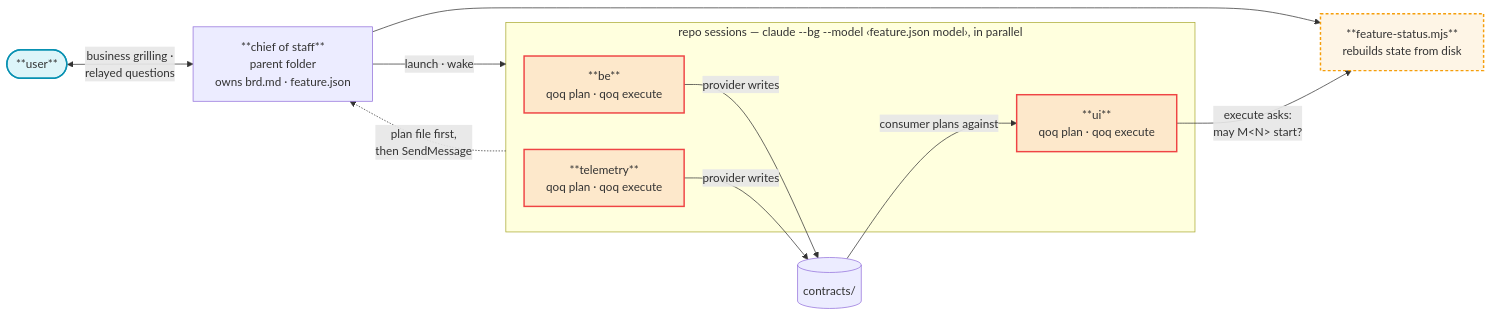
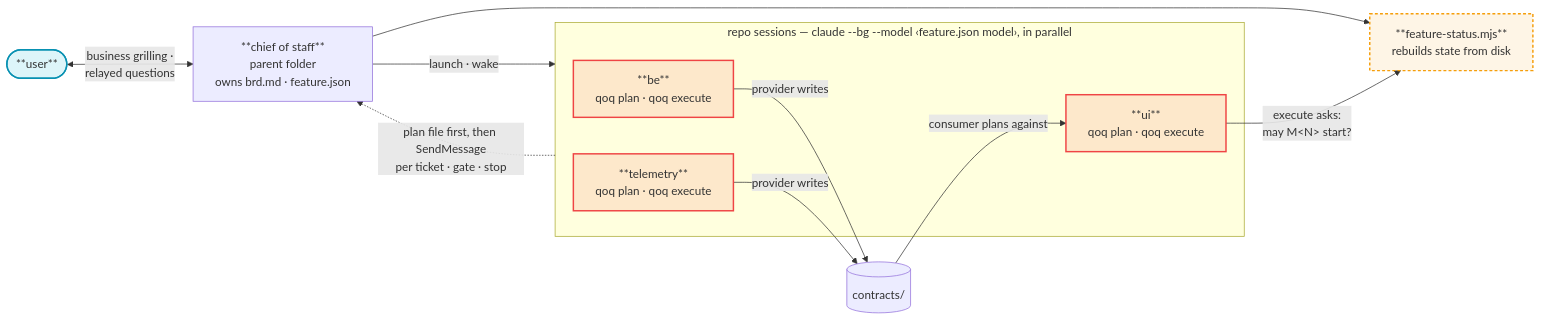
The first of 4 diagrams in docs/qoq-fullstack-workflows.md (ladamczyk-it/qoq), drawn with Mermaid before and after one commit. The commit also changed other lines of this file and 8 other files, not shown here.

First line of the commit message:
fix(skill): qoq-fullstack repo sessions report per ticket and never end silently

````diff
--- a/docs/qoq-fullstack-workflows.md
+++ b/docs/qoq-fullstack-workflows.md
@@ -22,26 +22,26 @@
 ```mermaid
 flowchart LR
     USER(["**user**"])
     COS["**chief of staff**<br/>parent folder<br/>owns brd.md · feature.json"]
     STATUS["**feature-status.mjs**<br/>rebuilds state from disk"]
     subgraph REPOS["repo sessions — claude --bg --model ‹feature.json model›, in parallel"]
         BE["**be**<br/>qoq plan · qoq execute"]
         TEL["**telemetry**<br/>qoq plan · qoq execute"]
         UI["**ui**<br/>qoq plan · qoq execute"]
     end
     CON[("contracts/")]
     USER <-->|"business grilling ·<br/>relayed questions"| COS
     COS -->|"launch · wake"| REPOS
-    REPOS -.->|"plan file first,<br/>then SendMessage"| COS
+    REPOS -.->|"plan file first, then SendMessage<br/>per ticket · gate · stop"| COS
     COS --> STATUS
     BE & TEL -->|"provider writes"| CON
     CON -->|"consumer plans against"| UI
     UI -->|"execute asks:<br/>may M&lt;N&gt; start?"| STATUS
 
     classDef command fill:#f59e0b1a,stroke:#f59e0b,stroke-width:2px,stroke-dasharray:4 3
     classDef user fill:#06b6d422,stroke:#0891b2,stroke-width:2px
     classDef skill fill:#ef44441f,stroke:#ef4444,stroke-width:2px
     class STATUS command
     class USER user
     class BE,TEL,UI skill
 ```
````
